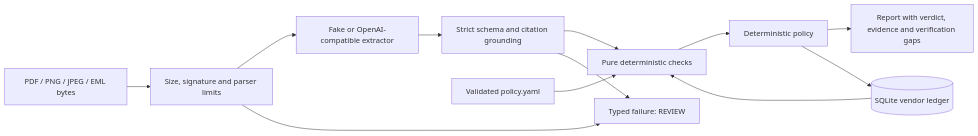
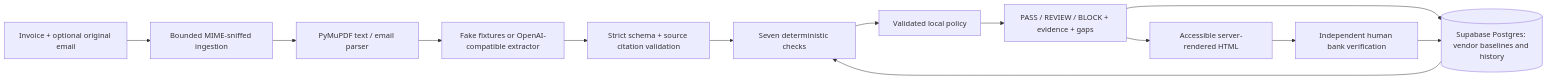
Before and after one commit to ryanfer123/Preflight: the diagram in README.md, drawn with Mermaid. The commit also changed other lines of this file and 55 other files, not shown here.

````diff
--- a/README.md
+++ b/README.md
@@ -27,14 +10,15 @@
 ```mermaid
 flowchart LR
-    Upload[PDF / PNG / JPEG / EML bytes] --> Ingest[Size, signature and parser limits]
-    Ingest --> Extract[Fake or OpenAI-compatible extractor]
-    Extract --> Ground[Strict schema and citation grounding]
-    Ground --> Checks[Pure deterministic checks]
-    Ledger[(SQLite vendor ledger)] --> Checks
-    YAML[Validated policy.yaml] --> Checks
-    Checks --> Policy[Deterministic policy]
-    Policy --> Report[Report with verdict, evidence and verification gaps]
-    Policy --> Ledger
-    Ingest --> Review[Typed failure: REVIEW]
-    Ground --> Review
+    A[Invoice + optional original email] --> B[Bounded MIME-sniffed ingestion]
+    B --> C[PyMuPDF text / email parser]
+    C --> D[Fake fixtures or OpenAI-compatible extractor]
+    D --> E[Strict schema + source citation validation]
+    E --> F[Seven deterministic checks]
+    S[(Supabase Postgres: vendor baselines and history)] --> F
+    F --> G[Validated local policy]
+    G --> H[PASS / REVIEW / BLOCK + evidence + gaps]
+    H --> S
+    H --> J[Accessible server-rendered HTML]
+    J --> K[Independent human bank verification]
+    K --> S
 ```
````
